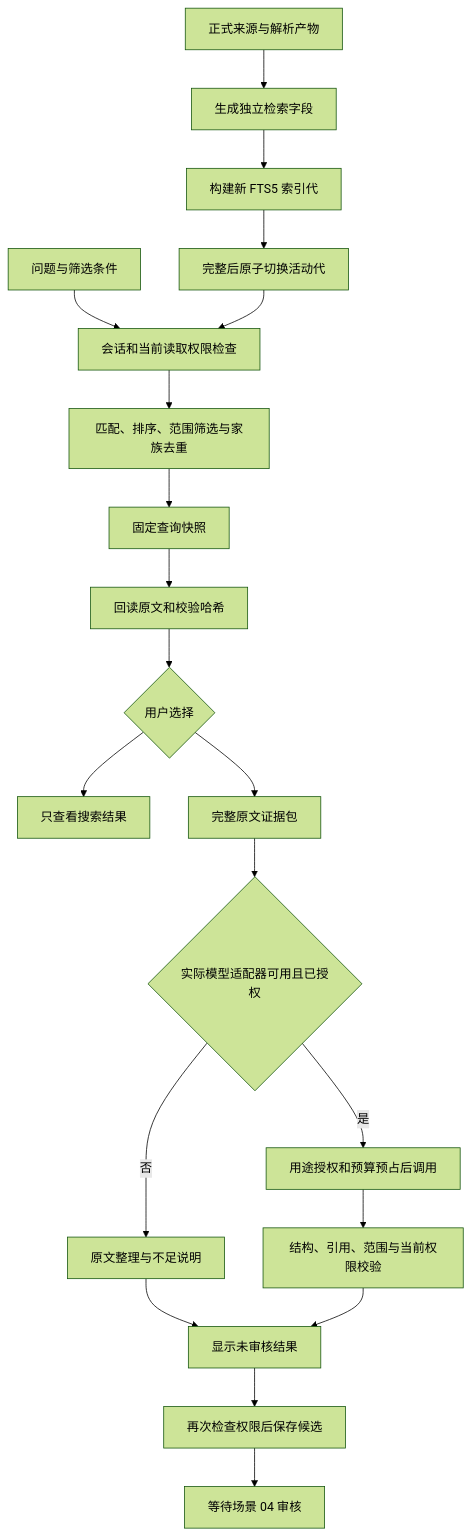
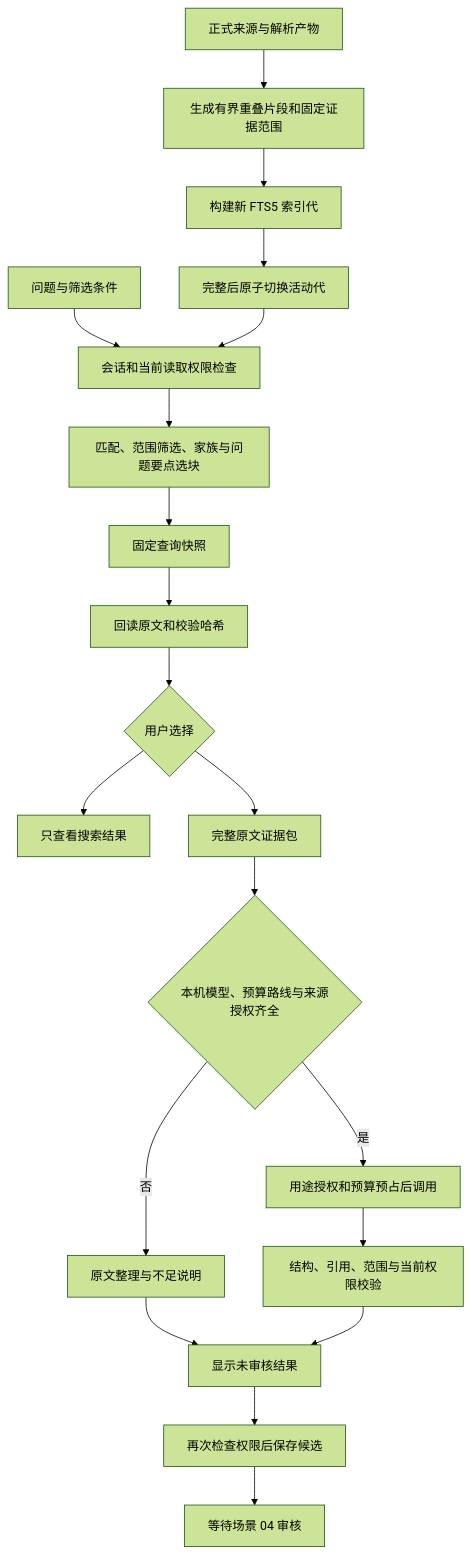
One commit to liuxing95/repository changed the first of 2 diagrams in docs/implementation/evidence-search-answer.md. Above: the diagram before and after it, drawn with Mermaid (forest theme). The commit also changed other lines of this file and 41 other files, not shown here.

````diff
--- a/docs/implementation/evidence-search-answer.md
+++ b/docs/implementation/evidence-search-answer.md
@@ -47,22 +47,22 @@
 ```mermaid
 flowchart TD
-  A[正式来源与解析产物] --> B[生成独立检索字段]
+  A[正式来源与解析产物] --> B[生成有界重叠片段和固定证据范围]
   B --> C[构建新 FTS5 索引代]
   C --> D[完整后原子切换活动代]
   Q[问题与筛选条件] --> E[会话和当前读取权限检查]
   D --> E
-  E --> F[匹配、排序、范围筛选与家族去重]
+  E --> F[匹配、范围筛选、家族与问题要点选块]
   F --> G[固定查询快照]
   G --> H[回读原文和校验哈希]
   H --> I{用户选择}
   I --> J[只查看搜索结果]
   I --> K[完整原文证据包]
-  K --> L{实际模型适配器可用且已授权}
+  K --> L{本机模型、预算路线与来源授权齐全}
   L -- 否 --> M[原文整理与不足说明]
   L -- 是 --> N[用途授权和预算预占后调用]
   N --> O[结构、引用、范围与当前权限校验]
   M --> P[显示未审核结果]
   O --> P
   P --> R[再次检查权限后保存候选]
   R --> S[等待场景 04 审核]
 ```
````
